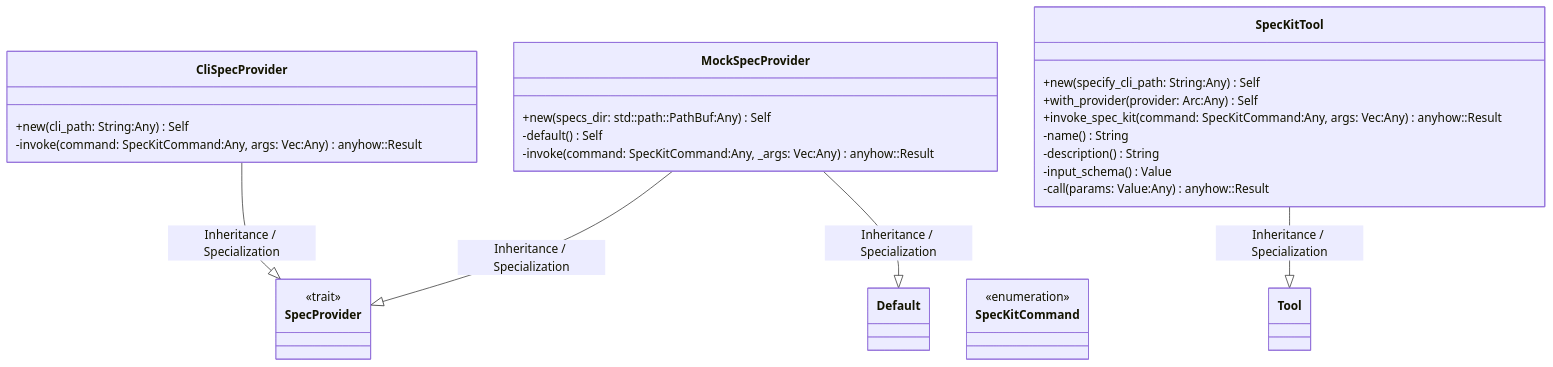
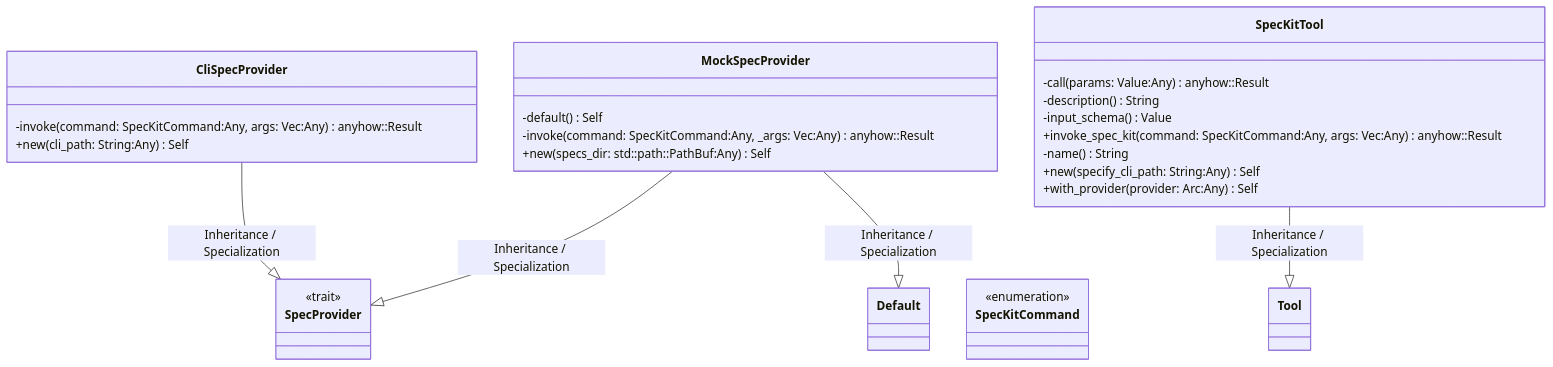
The first of 2 diagrams in openwiki/crates_factory-mcp-server_src_tools_spec_kit_tool_rs.md (lgcorzo/rust_CACD_autonomous_factory), drawn with Mermaid before and after one commit. The commit also changed other lines of this file and 76 other files, not shown here.

````diff
--- a/openwiki/crates_factory-mcp-server_src_tools_spec_kit_tool_rs.md
+++ b/openwiki/crates_factory-mcp-server_src_tools_spec_kit_tool_rs.md
@@ -260,33 +260,33 @@
 ```mermaid
 classDiagram
     direction BT
     class CliSpecProvider {
+        -invoke(command: SpecKitCommand:Any, args: Vec<String>:Any) anyhow::Result<String>
         +new(cli_path: String:Any) Self
-        -invoke(command: SpecKitCommand:Any, args: Vec<String>:Any) anyhow::Result<String>
     }
     SpecProvider <|-- CliSpecProvider : Inheritance / Specialization
     class MockSpecProvider {
-        +new(specs_dir: std::path::PathBuf:Any) Self
         -default() Self
         -invoke(command: SpecKitCommand:Any, _args: Vec<String>:Any) anyhow::Result<String>
+        +new(specs_dir: std::path::PathBuf:Any) Self
     }
     Default <|-- MockSpecProvider : Inheritance / Specialization
     SpecProvider <|-- MockSpecProvider : Inheritance / Specialization
     class SpecKitCommand {
         <<enumeration>>
     }
     class SpecKitTool {
+        -call(params: Value:Any) anyhow::Result<CallToolResult>
+        -description() String
+        -input_schema() Value
+        +invoke_spec_kit(command: SpecKitCommand:Any, args: Vec<String>:Any) anyhow::Result<String>
+        -name() String
         +new(specify_cli_path: String:Any) Self
         +with_provider(provider: Arc<dyn SpecProvider>:Any) Self
-        +invoke_spec_kit(command: SpecKitCommand:Any, args: Vec<String>:Any) anyhow::Result<String>
-        -name() String
-        -description() String
-        -input_schema() Value
-        -call(params: Value:Any) anyhow::Result<CallToolResult>
     }
     Tool <|-- SpecKitTool : Inheritance / Specialization
     class SpecProvider {
         <<trait>>
     }
 
 ```
````
